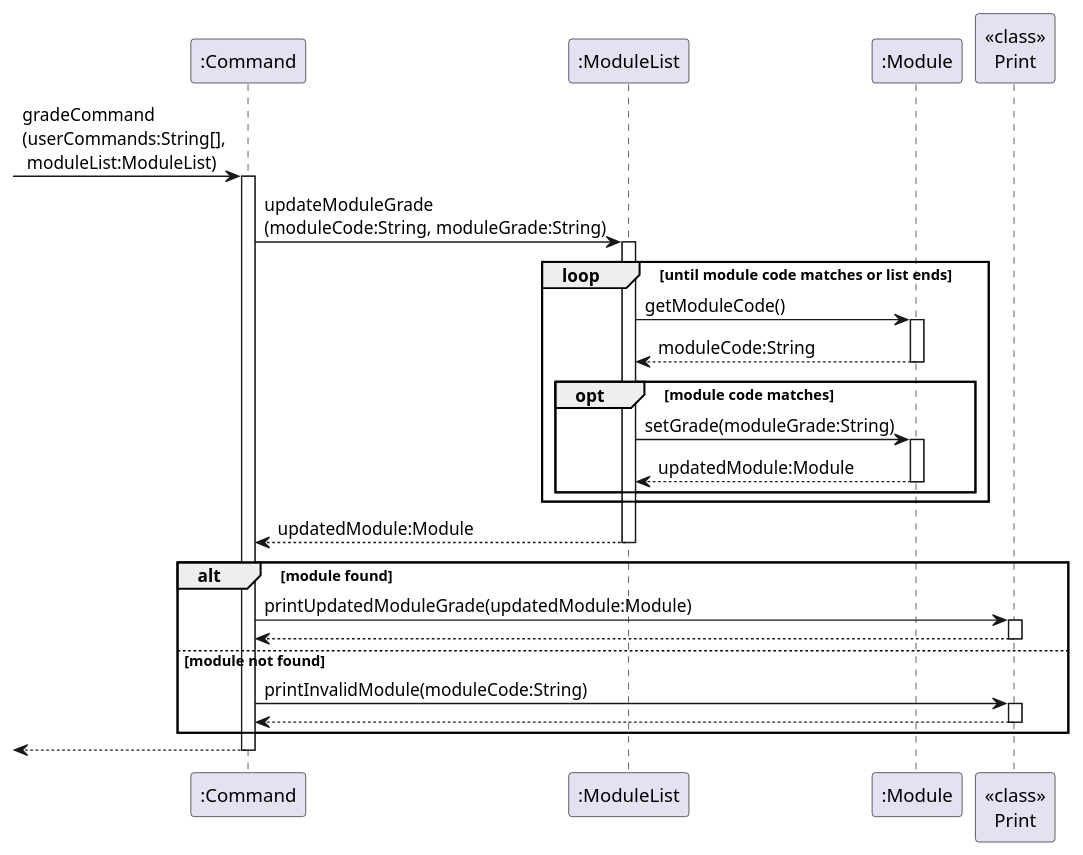
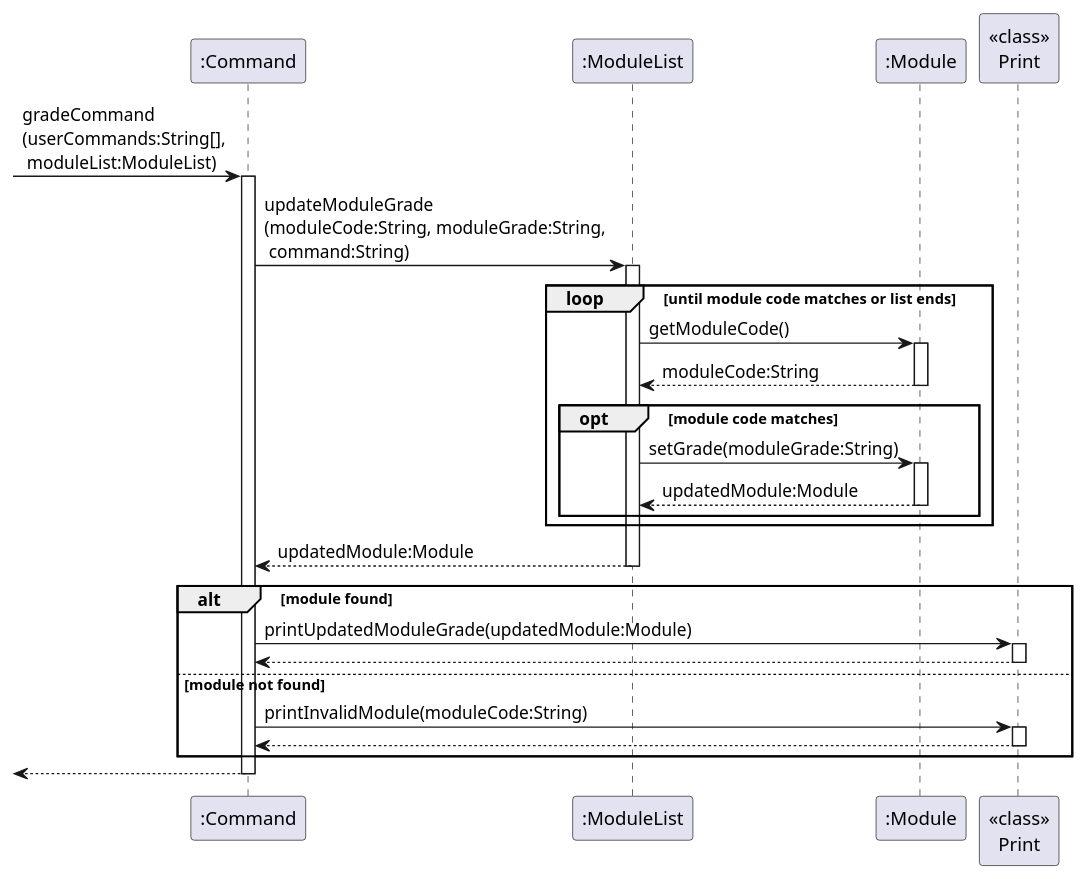
The diagram in docs/diagrams/GradeCommand.puml (saintzaw/tp), drawn with PlantUML before and after one commit. The commit also changed 1 other file, not shown here.

Commit message:
Update grade command diagram

```diff
--- a/docs/diagrams/GradeCommand.puml
+++ b/docs/diagrams/GradeCommand.puml
@@ -1,43 +1,43 @@
 @startuml
 
 participant ":Command" as Command
 participant ":ModuleList" as ML
 participant ":Module" as Mod
 participant "<<class>>\nPrint" as Print
 
 [->Command : gradeCommand\n(userCommands:String[],\n moduleList:ModuleList)
 activate Command
-Command->ML : updateModuleGrade\n(moduleCode:String, moduleGrade:String)
+Command->ML : updateModuleGrade\n(moduleCode:String, moduleGrade:String, \n command:String)
 
 activate ML
 loop until module code matches or list ends
     ML -> Mod : getModuleCode()
     activate Mod
     Mod --> ML : moduleCode:String
     deactivate Mod
     opt module code matches
     ML -> Mod : setGrade(moduleGrade:String)
     activate Mod
     Mod --> ML : updatedModule:Module
     deactivate Mod
     end
 end
 ML --> Command : updatedModule:Module
 deactivate ML
 
 alt module found
     Command -> Print : printUpdatedModuleGrade(updatedModule:Module)
     activate Print
     Print --> Command
     deactivate Print
 else module not found
     Command -> Print : printInvalidModule(moduleCode:String)
     activate Print
     Print --> Command
     deactivate Print
 end
 
 Command-->[
 deactivate Command
 
 @enduml
```
